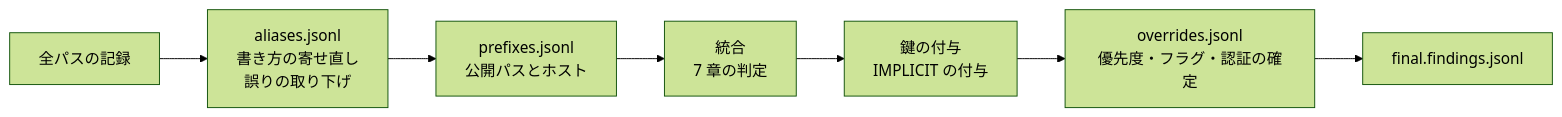
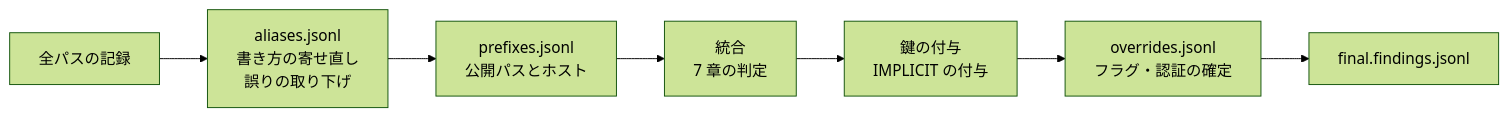
The seventh of 11 diagrams in docs/analysis-flow.md (Zuck3-r/Code-Analyzer), drawn with Mermaid (forest theme) before and after one commit. The commit also changed other lines of this file and 5 other files, not shown here.

````diff
--- a/docs/analysis-flow.md
+++ b/docs/analysis-flow.md
@@ -357,9 +357,9 @@
 ```mermaid
 flowchart LR
     R[全パスの記録] --> A[aliases.jsonl<br/>書き方の寄せ直し<br/>誤りの取り下げ]
     A --> P[prefixes.jsonl<br/>公開パスとホスト]
     P --> M[統合<br/>7 章の判定]
     M --> K[鍵の付与<br/>IMPLICIT の付与]
-    K --> O[overrides.jsonl<br/>優先度・フラグ・認証の確定]
+    K --> O[overrides.jsonl<br/>フラグ・認証の確定]
     O --> F[final.findings.jsonl]
 ```
````
